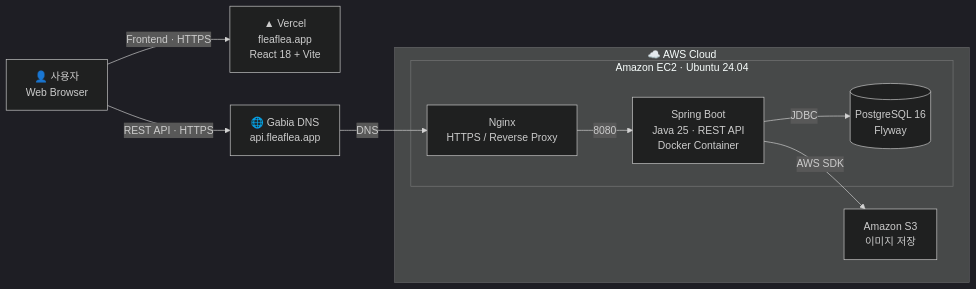
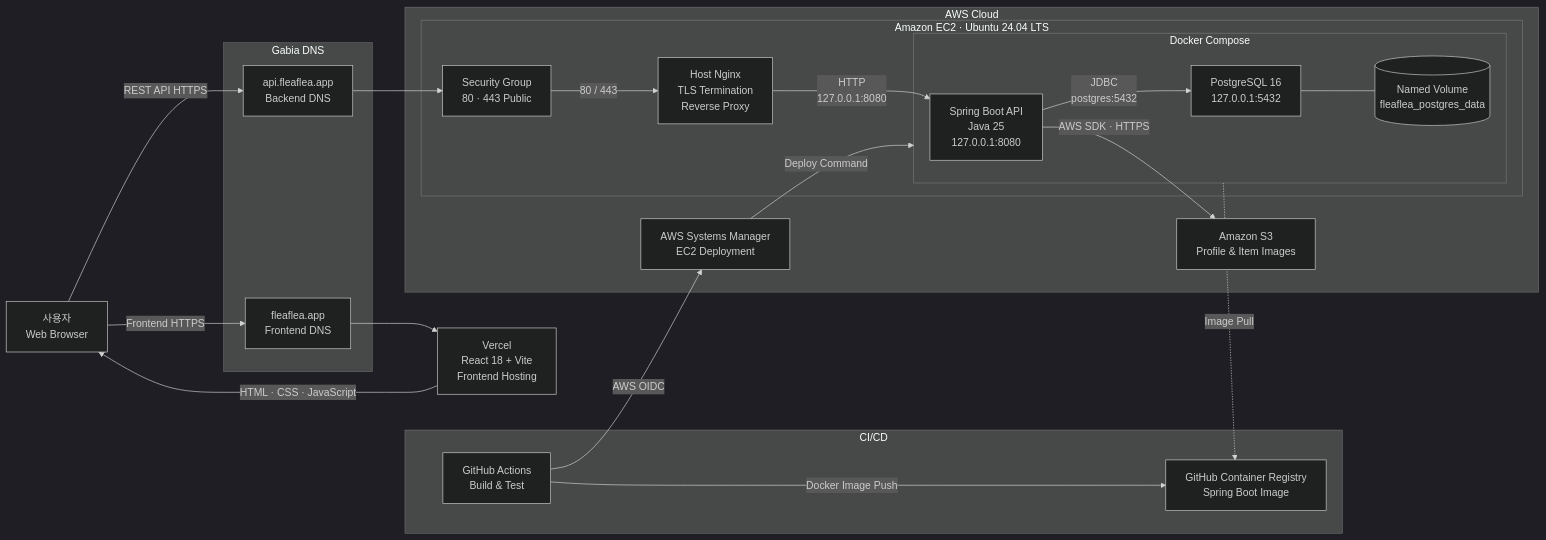
Before and after one commit to hyundai-autoever-team3/fleaflea-backend: the diagram in README.md, drawn with Mermaid (dark theme). The commit also changed other lines of this file, not shown here.

````diff
--- a/README.md
+++ b/README.md
@@ -15,34 +22,54 @@
 ```mermaid
 flowchart LR
+    USER["사용자<br/>Web Browser"]
 
-    USER["👤 사용자<br/>Web Browser"]
-
-    VERCEL["▲ Vercel<br/>fleaflea.app<br/>React 18 + Vite"]
-
-    DNS["🌐 Gabia DNS<br/>api.fleaflea.app"]
-
-    subgraph AWS["☁️ AWS Cloud"]
-
-        subgraph EC2["Amazon EC2 · Ubuntu 24.04"]
-
-            NGINX["Nginx<br/>HTTPS / Reverse Proxy"]
-
-            APP["Spring Boot<br/>Java 25 · REST API<br/>Docker Container"]
-
-            DB[("PostgreSQL 16<br/>Flyway")]
-
-            APP -->|"JDBC"| DB
-            NGINX -->|"8080"| APP
-        end
-
-        S3["Amazon S3<br/>이미지 저장"]
-
-        APP -->|"AWS SDK"| S3
+    subgraph DNS["Gabia DNS"]
+        WEB_DNS["fleaflea.app<br/>Frontend DNS"]
+        API_DNS["api.fleaflea.app<br/>Backend DNS"]
     end
 
-    USER -->|"Frontend · HTTPS"| VERCEL
+    VERCEL["Vercel<br/>React 18 + Vite<br/>Frontend Hosting"]
 
-    USER -->|"REST API · HTTPS"| DNS
+    subgraph CICD["CI/CD"]
+        GHA["GitHub Actions<br/>Build & Test"]
+        GHCR["GitHub Container Registry<br/>Spring Boot Image"]
+    end
 
-    DNS -->|"DNS"| NGINX
+    subgraph AWS["AWS Cloud"]
+        SSM["AWS Systems Manager<br/>EC2 Deployment"]
+        S3["Amazon S3<br/>Profile & Item Images"]
+
+        subgraph EC2["Amazon EC2 · Ubuntu 24.04 LTS"]
+            SG["Security Group<br/>80 · 443 Public"]
+
+            NGINX["Host Nginx<br/>TLS Termination<br/>Reverse Proxy"]
+
+            subgraph DOCKER["Docker Compose"]
+                APP["Spring Boot API<br/>Java 25<br/>127.0.0.1:8080"]
+
+                DB["PostgreSQL 16<br/>127.0.0.1:5432"]
+
+                VOLUME[("Named Volume<br/>fleaflea_postgres_data")]
+
+                APP -->|"JDBC<br/>postgres:5432"| DB
+                DB --- VOLUME
+            end
+        end
+    end
+
+    USER -->|"Frontend HTTPS"| WEB_DNS
+    WEB_DNS --> VERCEL
+    VERCEL -->|"HTML · CSS · JavaScript"| USER
+
+    USER -->|"REST API HTTPS"| API_DNS
+    API_DNS --> SG
+    SG -->|"80 / 443"| NGINX
+    NGINX -->|"HTTP<br/>127.0.0.1:8080"| APP
+
+    APP -->|"AWS SDK · HTTPS"| S3
+
+    GHA -->|"Docker Image Push"| GHCR
+    GHA -->|"AWS OIDC"| SSM
+    SSM -->|"Deploy Command"| DOCKER
+    DOCKER -.->|"Image Pull"| GHCR
 ```
````
